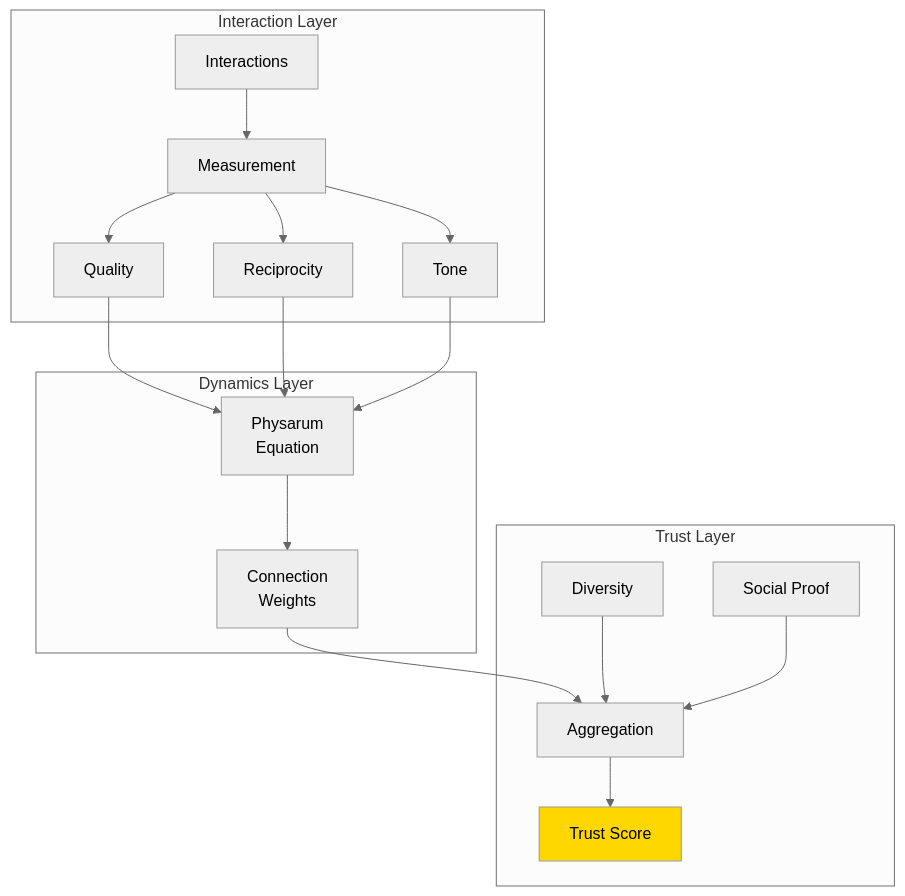
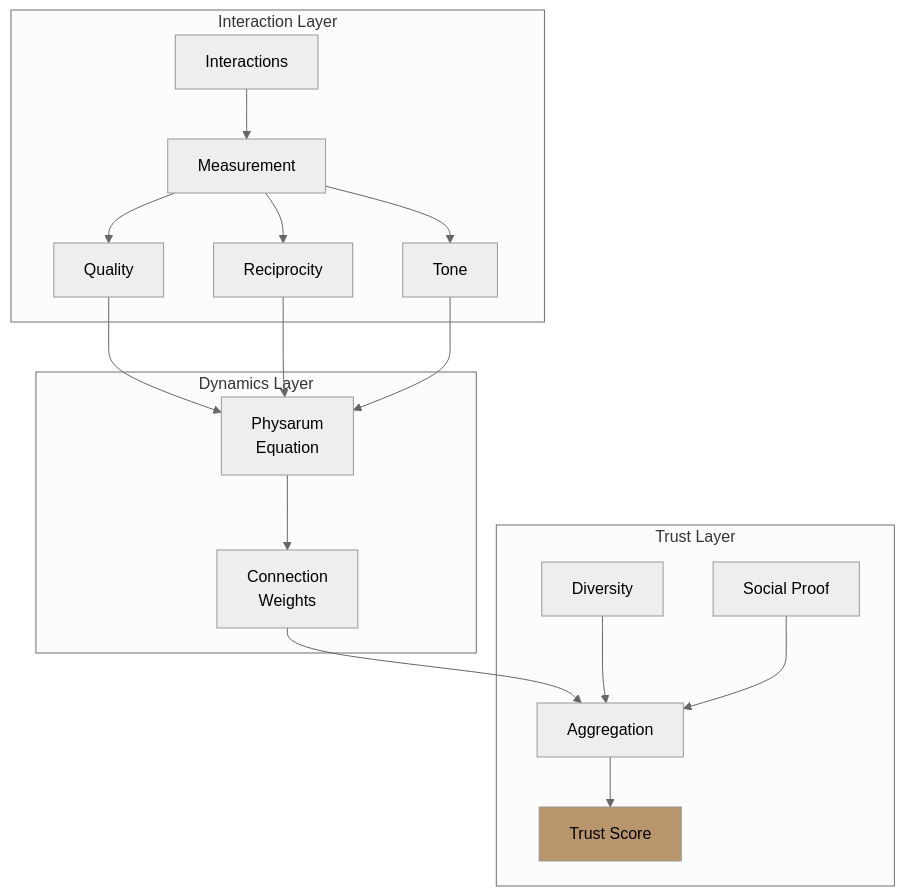
Before and after one commit to ScopeCreep-zip/Symbiont: the third of 4 diagrams in docs/index.md, drawn with Mermaid (neutral theme). The commit also changed other lines of this file and 17 other files, not shown here.

Commit message:
update to diagram colors

````diff
--- a/docs/index.md
+++ b/docs/index.md
@@ -222,25 +222,25 @@
 ```mermaid
 flowchart TD
     subgraph "Interaction Layer"
         INT[Interactions] --> MEAS[Measurement]
         MEAS --> Q[Quality]
         MEAS --> R[Reciprocity]
         MEAS --> T[Tone]
     end
 
     subgraph "Dynamics Layer"
         Q --> PHY[Physarum<br/>Equation]
         R --> PHY
         T --> PHY
         PHY --> W[Connection<br/>Weights]
     end
 
     subgraph "Trust Layer"
         W --> AGG[Aggregation]
         DIV[Diversity] --> AGG
         SOC[Social Proof] --> AGG
         AGG --> TRUST[Trust Score]
     end
 
-    style TRUST fill:#FFD700
+    style TRUST fill:#b8956b
 ```
````
